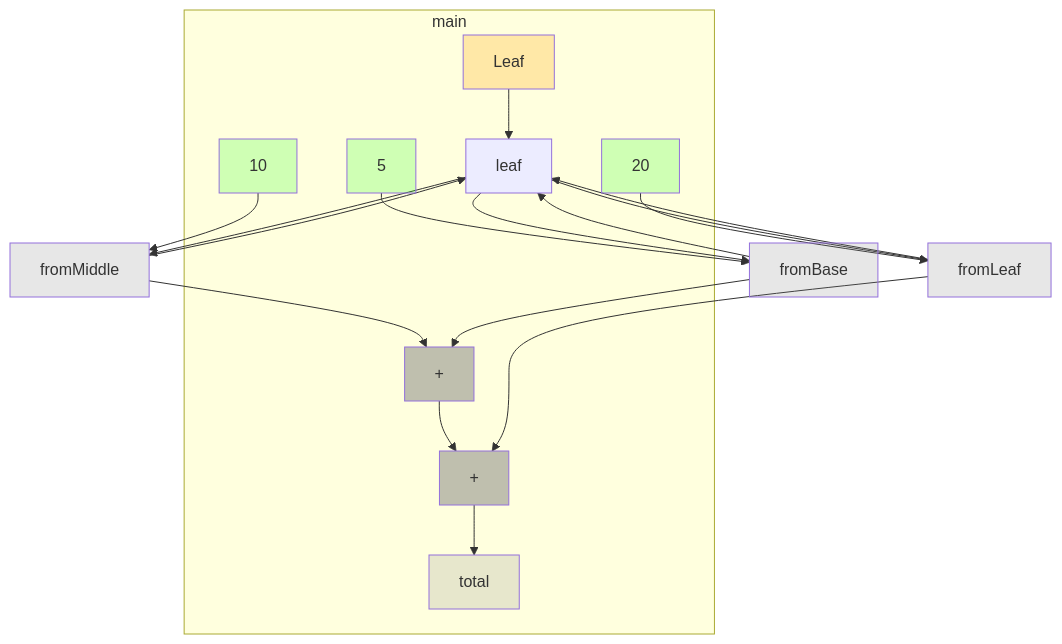
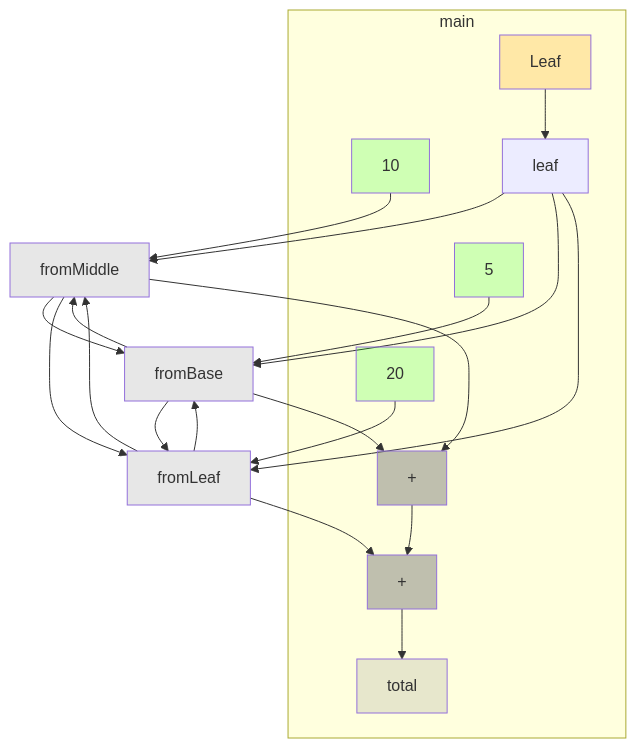
The diagram in app/src/test/resources/inheritance/spike-truth.md (gstiebler/codeflow), drawn with Mermaid before and after one commit. The commit also changed 46 other files, not shown here.

````diff
--- a/app/src/test/resources/inheritance/spike-truth.md
+++ b/app/src/test/resources/inheritance/spike-truth.md
@@ -3,38 +3,41 @@
 ```mermaid
 flowchart TD
   subgraph m0["main"]
     n0["+"]:::BIN_OP
     n1["+"]:::BIN_OP
     n2["Leaf"]:::EXTERNAL
     n3["10"]:::LITERAL
     n4["20"]:::LITERAL
     n5["5"]:::LITERAL
     n6["leaf"]:::OBJ_VARIABLE
     n7["total"]:::VARIABLE
   end
   n8["fromBase"]:::VARIABLE
   n9["fromLeaf"]:::VARIABLE
   n10["fromMiddle"]:::VARIABLE
   n0 --> n7
   n1 --> n0
   n10 --> n1
-  n10 --> n6
+  n10 --> n8
+  n10 --> n9
   n2 --> n6
   n3 --> n10
   n4 --> n9
   n5 --> n8
   n6 --> n10
   n6 --> n8
   n6 --> n9
   n8 --> n1
-  n8 --> n6
+  n8 --> n10
+  n8 --> n9
   n9 --> n0
-  n9 --> n6
+  n9 --> n10
+  n9 --> n8
   classDef LITERAL fill:#00FF0030
   classDef VARIABLE fill:#80808030
   classDef BIN_OP fill:#80808080
   classDef FUNC_PARAM fill:#8080FF30
   classDef RETURN fill:#FF808080
   classDef EXTERNAL fill:#FFA50040
   classDef UNMODELLED fill:#FF000030,stroke-dasharray: 4 2
 ```
````
